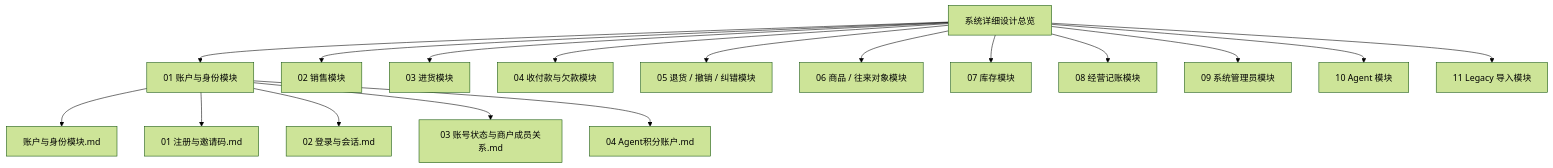
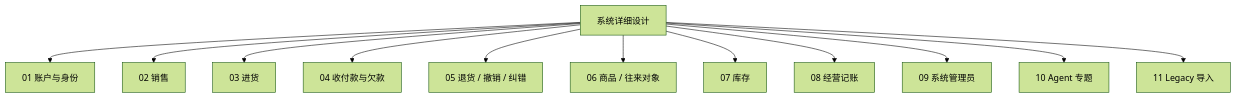
Before and after one commit to sxyq/mastergoods: the diagram in docs/system-design/系统详细设计总览.md, drawn with Mermaid (forest theme). The commit also changed other lines of this file and 10 other files, not shown here.

````diff
--- a/docs/system-design/系统详细设计总览.md
+++ b/docs/system-design/系统详细设计总览.md
@@ -10,22 +10,15 @@
 ```mermaid
 flowchart TD
-    ROOT[系统详细设计总览]
-
-    ROOT --> A[01 账户与身份模块]
-    ROOT --> S[02 销售模块]
-    ROOT --> P[03 进货模块]
-    ROOT --> R[04 收付款与欠款模块]
-    ROOT --> RT[05 退货 / 撤销 / 纠错模块]
-    ROOT --> G[06 商品 / 往来对象模块]
-    ROOT --> I[07 库存模块]
-    ROOT --> B[08 经营记账模块]
-    ROOT --> ADMIN[09 系统管理员模块]
-    ROOT --> AGENT[10 Agent 模块]
-    ROOT --> LEGACY[11 Legacy 导入模块]
-
-    A --> A0[账户与身份模块.md]
-    A --> A1[01 注册与邀请码.md]
-    A --> A2[02 登录与会话.md]
-    A --> A3[03 账号状态与商户成员关系.md]
-    A --> A4[04 Agent积分账户.md]
+    ROOT[系统详细设计]
+    ROOT --> A[01 账户与身份]
+    ROOT --> S[02 销售]
+    ROOT --> P[03 进货]
+    ROOT --> R[04 收付款与欠款]
+    ROOT --> RT[05 退货 / 撤销 / 纠错]
+    ROOT --> G[06 商品 / 往来对象]
+    ROOT --> I[07 库存]
+    ROOT --> B[08 经营记账]
+    ROOT --> ADMIN[09 系统管理员]
+    ROOT --> AGENT[10 Agent 专题]
+    ROOT --> LEGACY[11 Legacy 导入]
 ```
````
